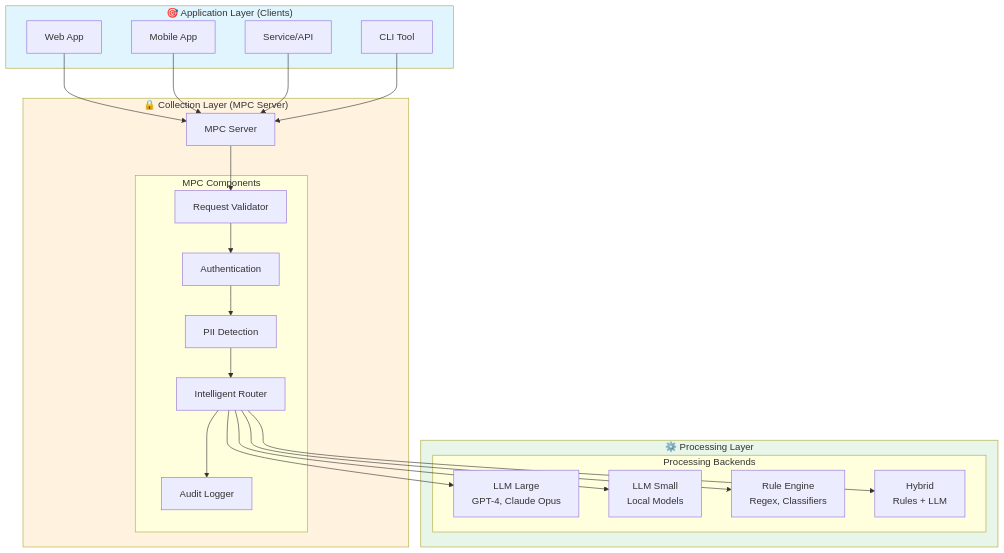
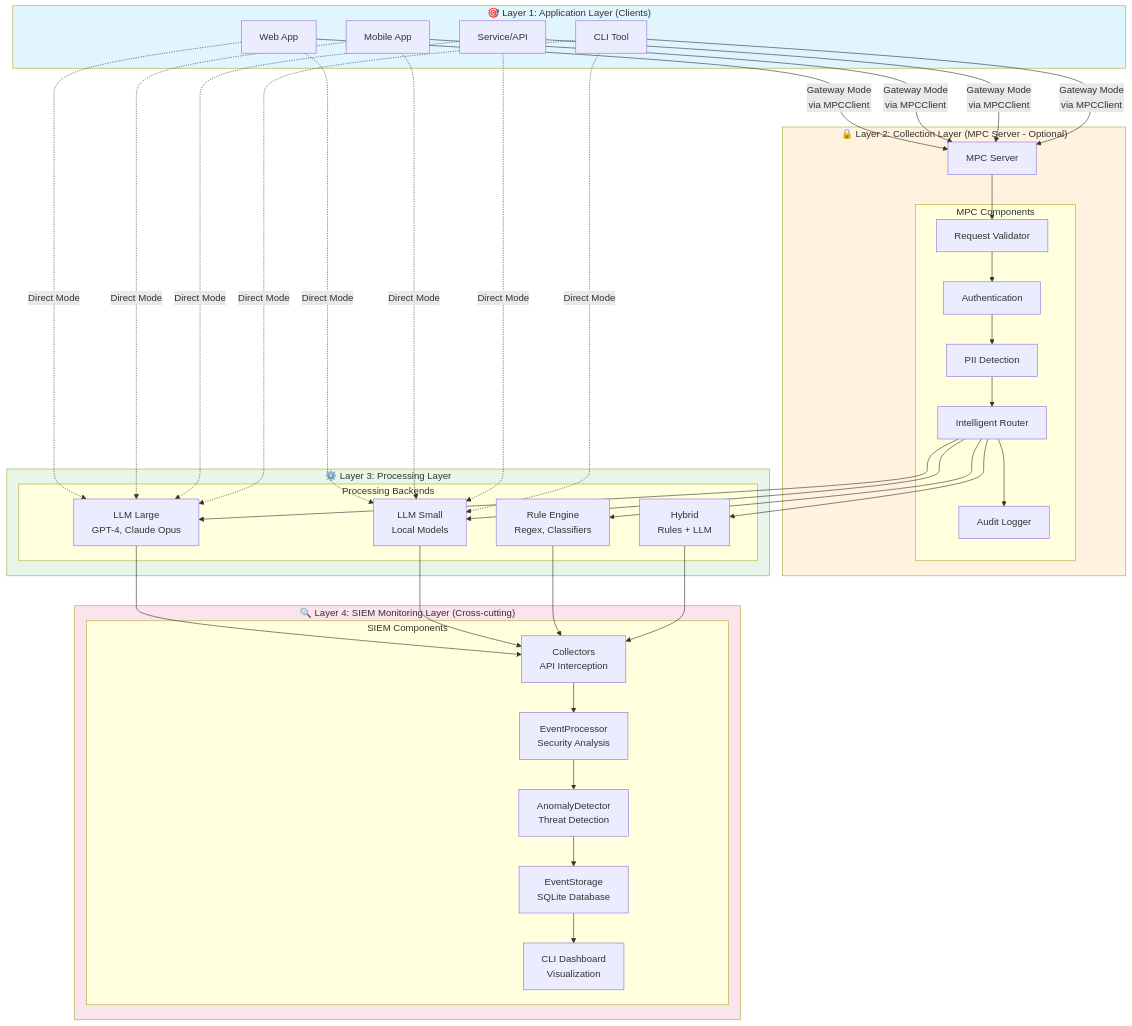
One commit to krzysztofgryga/AI_SIEM changed the first of 5 diagrams in ARCHITECTURE.md. Above: the diagram before and after it, drawn with Mermaid. The commit also changed other lines of this file and 1 other file, not shown here.

First line of the commit message:
Unify architecture documentation: integrate MPC Gateway with SIEM monitoring

````diff
--- a/ARCHITECTURE.md
+++ b/ARCHITECTURE.md
@@ -23,38 +51,57 @@
 ```mermaid
 flowchart TB
-    subgraph Application["🎯 Application Layer (Clients)"]
+    subgraph Application["🎯 Layer 1: Application Layer (Clients)"]
         App1[Web App]
         App2[Mobile App]
         App3[Service/API]
         App4[CLI Tool]
     end
 
-    subgraph Collection["🔒 Collection Layer (MPC Server)"]
+    subgraph Collection["🔒 Layer 2: Collection Layer (MPC Server - Optional)"]
         MPC[MPC Server]
 
         subgraph MPCComponents["MPC Components"]
             Validator[Request Validator]
             Auth[Authentication]
-            PII[PII Detection]
+            PIIDetection[PII Detection]
             Router[Intelligent Router]
-            Audit[Audit Logger]
+            AuditLog[Audit Logger]
         end
     end
 
-    subgraph Processing["⚙️ Processing Layer"]
+    subgraph Processing["⚙️ Layer 3: Processing Layer"]
         subgraph Backends["Processing Backends"]
             LLM_Large[LLM Large<br/>GPT-4, Claude Opus]
             LLM_Small[LLM Small<br/>Local Models]
             Rules[Rule Engine<br/>Regex, Classifiers]
             Hybrid[Hybrid<br/>Rules + LLM]
         end
     end
 
-    App1 & App2 & App3 & App4 --> MPC
-    MPC --> Validator --> Auth --> PII --> Router --> Audit
+    subgraph Monitoring["🔍 Layer 4: SIEM Monitoring Layer (Cross-cutting)"]
+        subgraph SIEMComponents["SIEM Components"]
+            Collectors[Collectors<br/>API Interception]
+            EventProcessor[EventProcessor<br/>Security Analysis]
+            AnomalyDetector[AnomalyDetector<br/>Threat Detection]
+            EventStorage[EventStorage<br/>SQLite Database]
+            CLIDashboard[CLI Dashboard<br/>Visualization]
+        end
+    end
+
+    %% Direct Mode Flow
+    App1 & App2 & App3 & App4 -.->|Direct Mode| LLM_Large & LLM_Small
+
+    %% MPC Gateway Mode Flow
+    App1 & App2 & App3 & App4 -->|Gateway Mode<br/>via MPCClient| MPC
+    MPC --> Validator --> Auth --> PIIDetection --> Router --> AuditLog
     Router --> LLM_Large & LLM_Small & Rules & Hybrid
+
+    %% SIEM Monitoring (both modes)
+    LLM_Large & LLM_Small & Rules & Hybrid --> Collectors
+    Collectors --> EventProcessor --> AnomalyDetector --> EventStorage --> CLIDashboard
 
     style Application fill:#e1f5ff
     style Collection fill:#fff3e0
     style Processing fill:#e8f5e9
+    style Monitoring fill:#fce4ec
 ```
````
